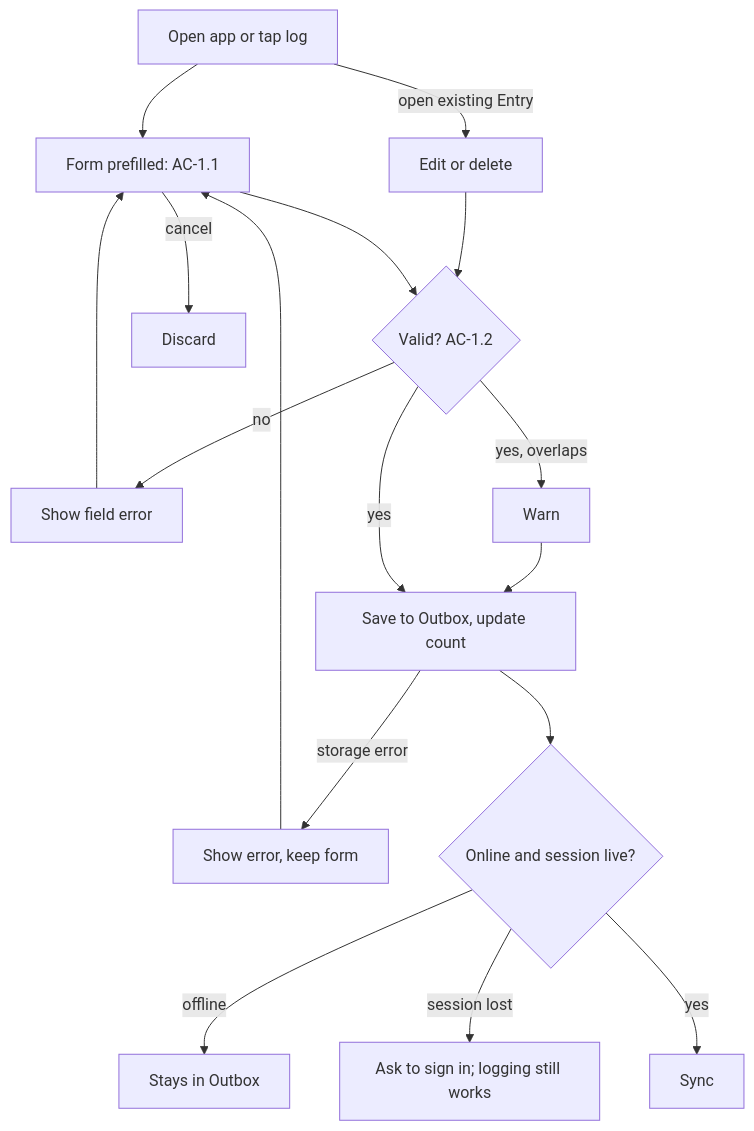
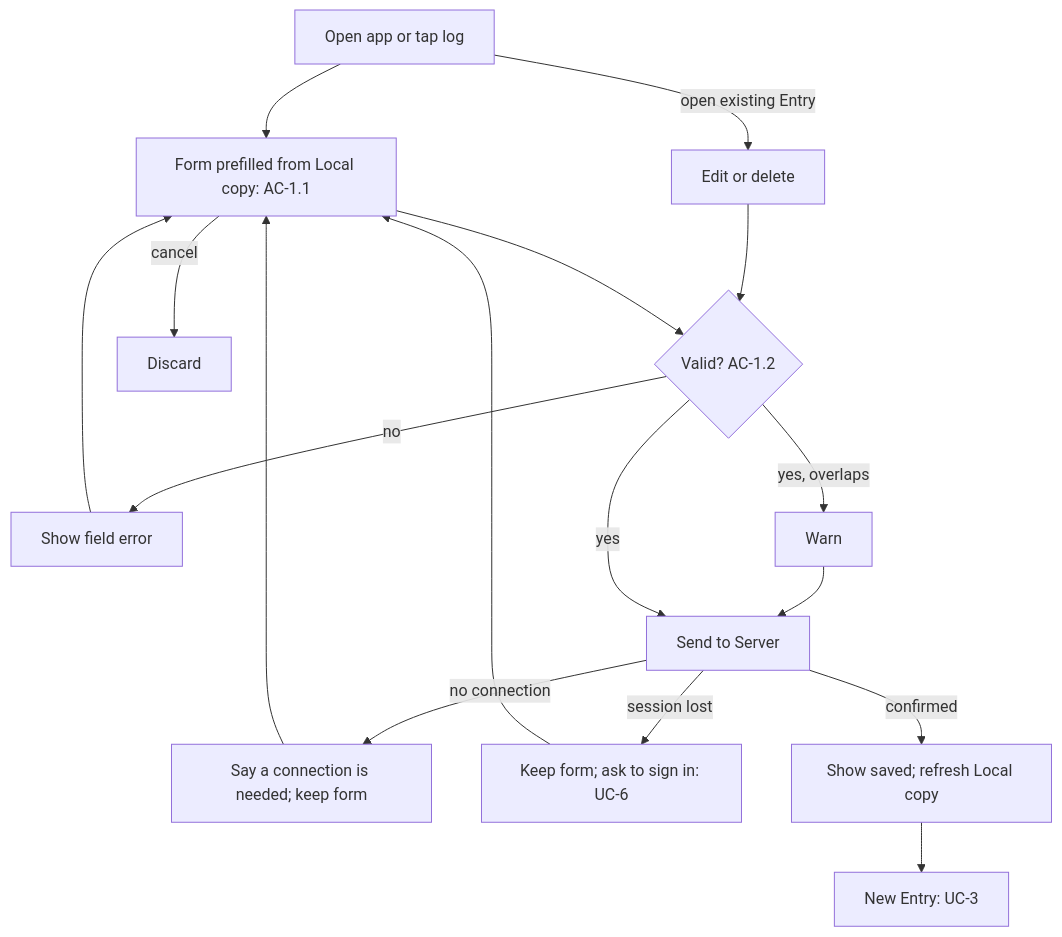
The first of 6 diagrams in docs/design/2026-11-06-mvp/02-requirements.md (bachtly/daily-kaizen), drawn with Mermaid before and after one commit. The commit also changed other lines of this file and 6 other files, not shown here.

````diff
--- a/docs/design/2026-11-06-mvp/02-requirements.md
+++ b/docs/design/2026-11-06-mvp/02-requirements.md
@@ -124,15 +114,13 @@
 ```mermaid
 flowchart TD
-  A[Open app or tap log] --> B[Form prefilled: AC-1.1]
+  A[Open app or tap log] --> B[Form prefilled from Local copy: AC-1.1]
   A -- open existing Entry --> ED[Edit or delete] --> C
   B -- cancel --> X[Discard]
   B --> C{Valid? AC-1.2}
   C -- no --> C1[Show field error] --> B
   C -- yes, overlaps --> D1[Warn] --> E
-  C -- yes --> E[Save to Outbox, update count]
-  E -- storage error --> E1[Show error, keep form] --> B
-  E --> F{Online and session live?}
-  F -- offline --> G[Stays in Outbox]
-  F -- session lost --> S3[Ask to sign in; logging still works]
-  F -- yes --> H[Sync]
+  C -- yes --> E[Send to Server]
+  E -- no connection --> N1[Say a connection is needed; keep form] --> B
+  E -- session lost --> N2[Keep form; ask to sign in: UC-6] --> B
+  E -- confirmed --> OK[Show saved; refresh Local copy] --> T[New Entry: UC-3]
 ```
````
